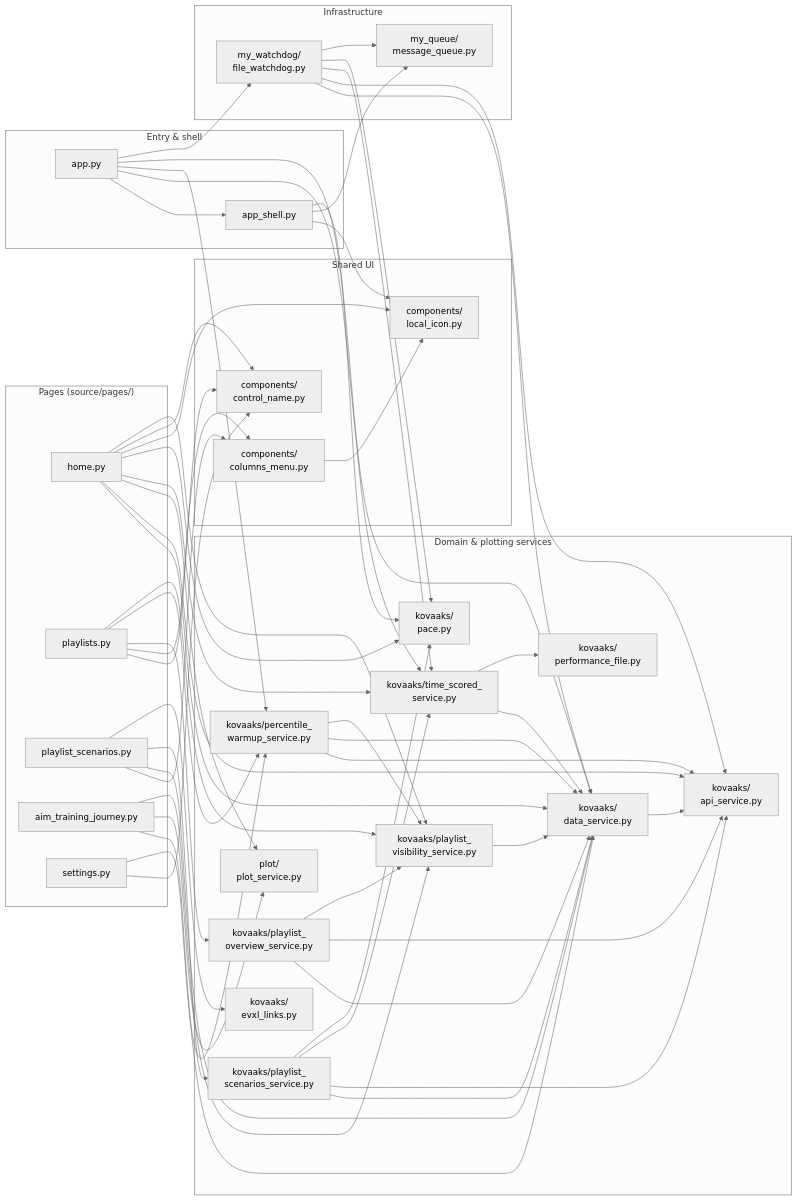
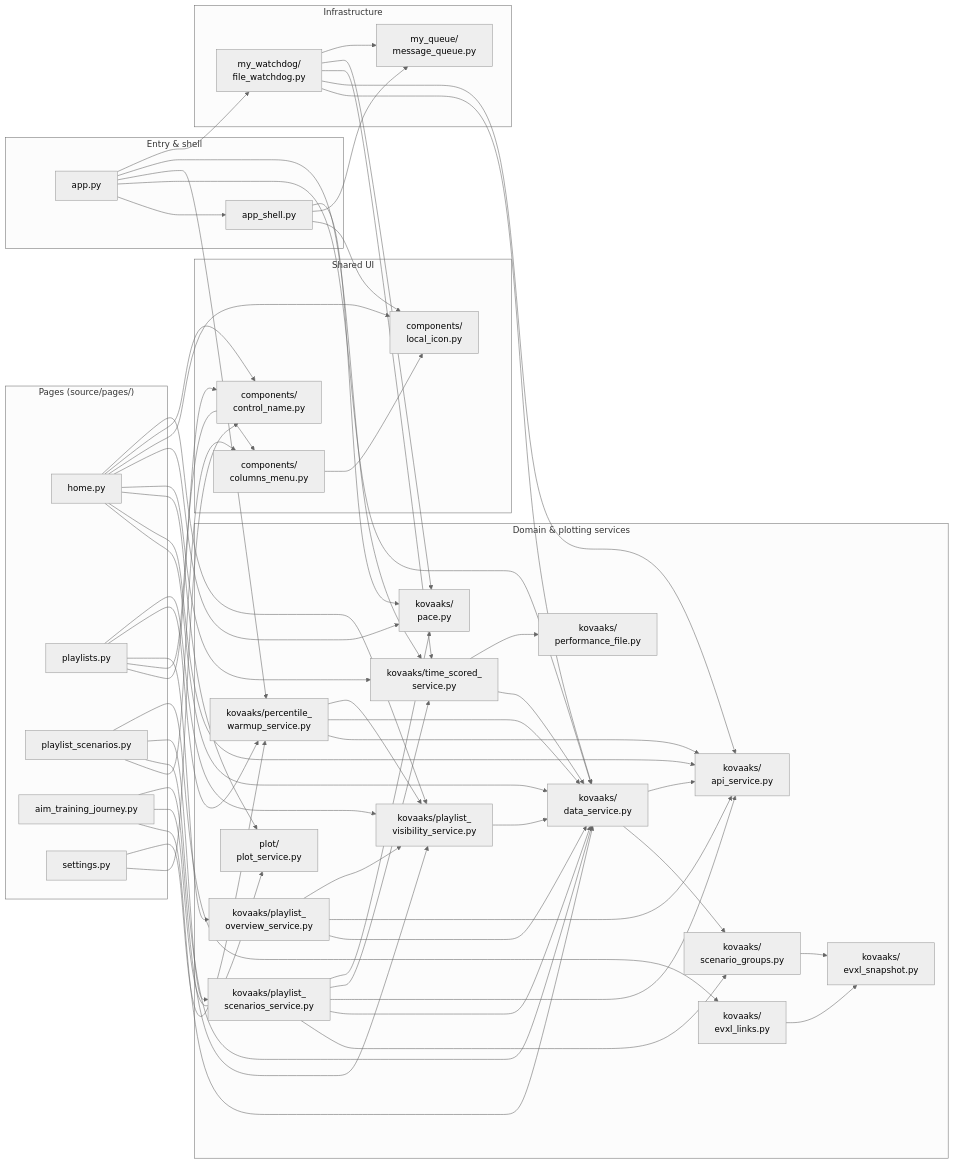
One commit to MingoDynasty/Corporate-Serf-Dashboard changed the third of 3 diagrams in docs/architecture.md. Above: the diagram before and after it, drawn with Mermaid (neutral theme). The commit also changed other lines of this file and 13 other files, not shown here.

```diff
--- a/docs/architecture.md
+++ b/docs/architecture.md
@@ -254,6 +254,8 @@
         PerfFile["kovaaks/<br/>performance_file.py"]
         Pace["kovaaks/<br/>pace.py"]
         EvxlLinks["kovaaks/<br/>evxl_links.py"]
+        EvxlSnapshot["kovaaks/<br/>evxl_snapshot.py"]
+        ScenarioGroups["kovaaks/<br/>scenario_groups.py"]
         PlotService["plot/<br/>plot_service.py"]
     end
 
@@ -291,6 +293,10 @@
     PlaylistScenarios --> DataService
     PlaylistScenarios --> PlaylistService
     PlaylistScenarios --> EvxlLinks
+    EvxlLinks --> EvxlSnapshot
+    ScenarioGroups --> EvxlSnapshot
+    DataService --> ScenarioGroups
+    PlaylistService --> ScenarioGroups
     Journey --> DataService
     Journey --> PlotService
     SettingsPage --> WarmupService
```
